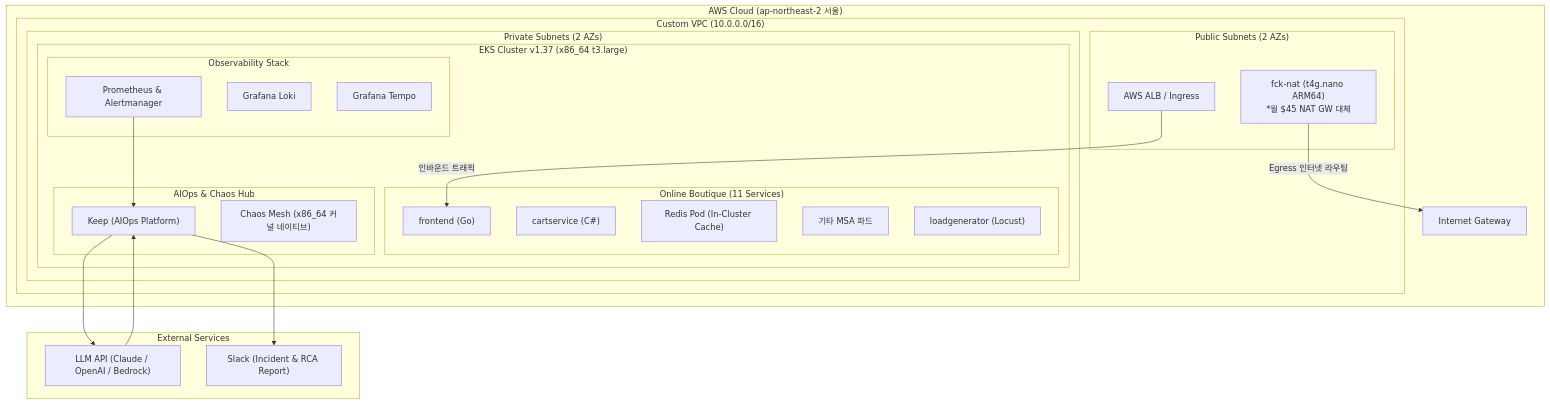
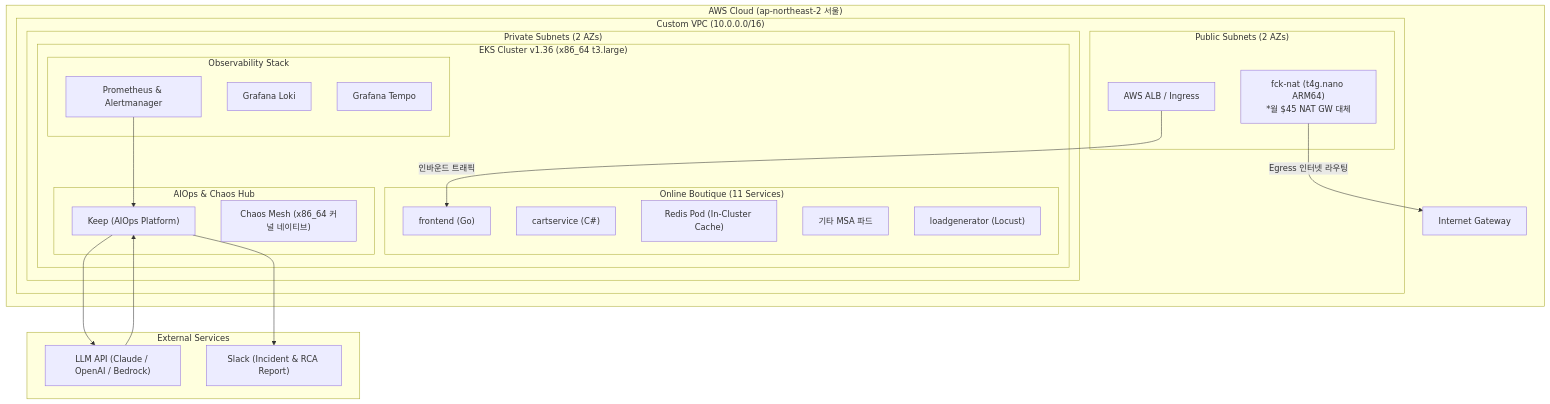
One commit to kim001hs/msa-demo changed the diagram in docs/infra-project/architecture.md. Above: the diagram before and after it, drawn with Mermaid. The commit also changed other lines of this file and 8 other files, not shown here.

````diff
--- a/docs/infra-project/architecture.md
+++ b/docs/infra-project/architecture.md
@@ -9,47 +9,47 @@
 ```mermaid
 flowchart TB
     subgraph AWS["AWS Cloud (ap-northeast-2 서울)"]
         subgraph VPC["Custom VPC (10.0.0.0/16)"]
             subgraph PublicSubnets["Public Subnets (2 AZs)"]
                 ALB["AWS ALB / Ingress"]
                 FCKNAT["fck-nat (t4g.nano ARM64)<br/>*월 $45 NAT GW 대체"]
             end
 
             subgraph PrivateSubnets["Private Subnets (2 AZs)"]
-                subgraph EKS["EKS Cluster v1.37 (x86_64 t3.large)"]
+                subgraph EKS["EKS Cluster v1.36 (x86_64 t3.large)"]
                     subgraph Workloads["Online Boutique (11 Services)"]
                         FE["frontend (Go)"]
                         Cart["cartservice (C#)"]
                         Redis["Redis Pod (In-Cluster Cache)"]
                         Other["기타 MSA 파드"]
                         LoadGen["loadgenerator (Locust)"]
                     end
 
                     subgraph Obs["Observability Stack"]
                         Prom["Prometheus & Alertmanager"]
                         Loki["Grafana Loki"]
                         Tempo["Grafana Tempo"]
                     end
 
                     subgraph AIOpsHub["AIOps & Chaos Hub"]
                         Keep["Keep (AIOps Platform)"]
                         Chaos["Chaos Mesh (x86_64 커널 네이티브)"]
                     end
                 end
             end
         end
 
         FCKNAT -->|Egress 인터넷 라우팅| IGW["Internet Gateway"]
         ALB -->|인바운드 트래픽| FE
     end
 
     subgraph External["External Services"]
         LLM["LLM API (Claude / OpenAI / Bedrock)"]
         Slack["Slack (Incident & RCA Report)"]
     end
 
     Prom --> Keep
     Keep --> LLM
     LLM --> Keep
     Keep --> Slack
 ```
````
